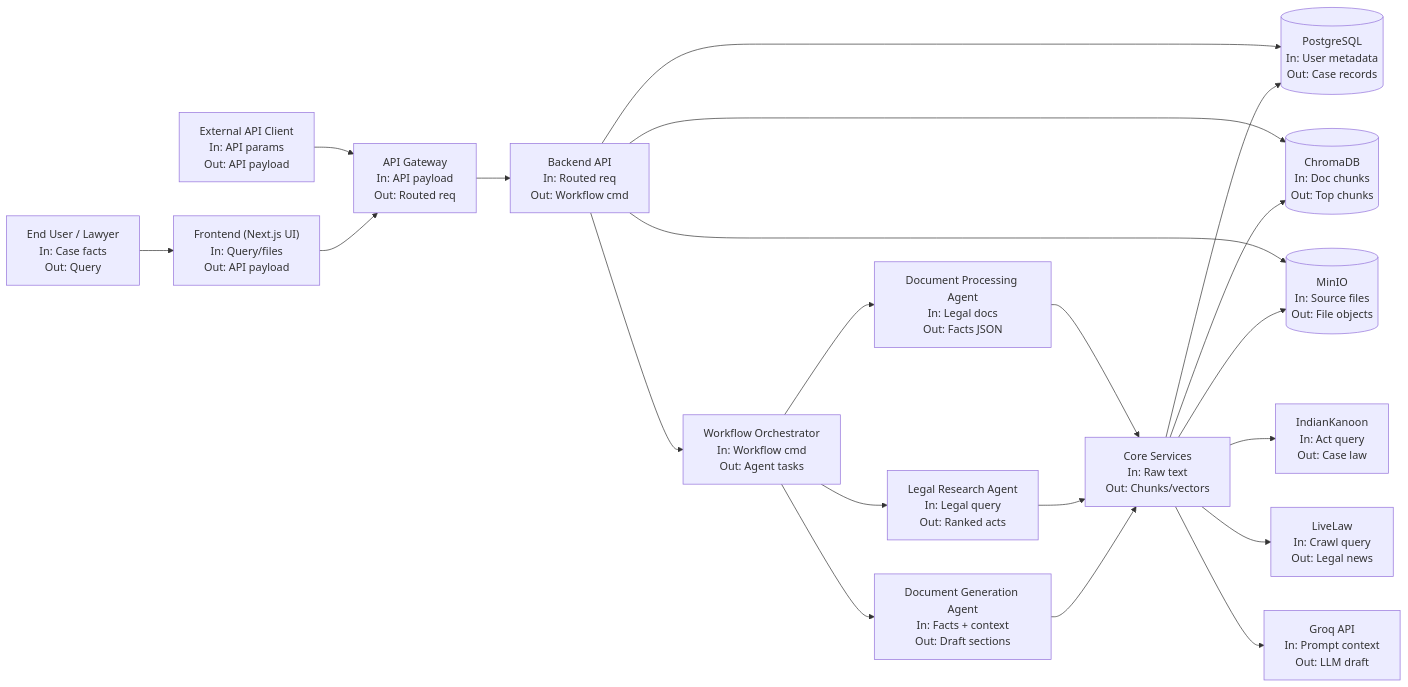
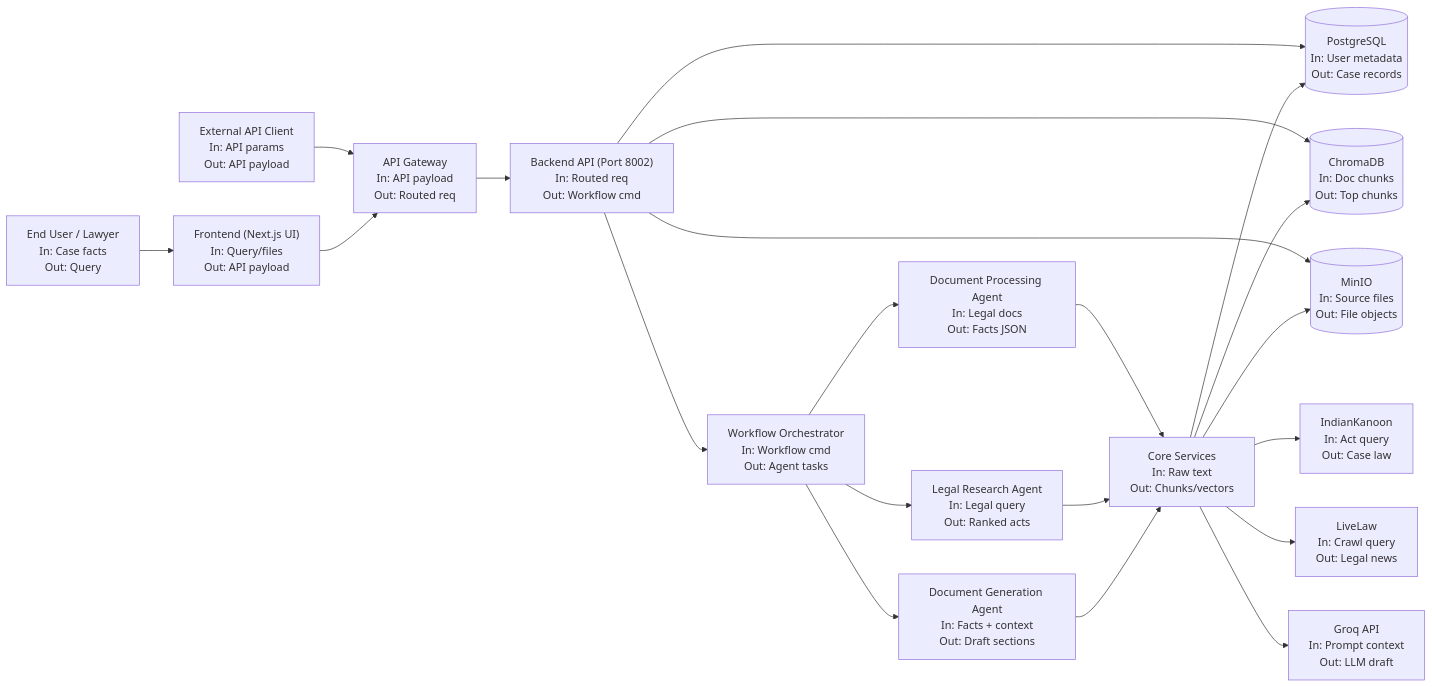
Before and after one commit to delisha02/droitdraft: the first of 4 diagrams in docs/system_architecture_diagram.md, drawn with Mermaid. The commit also changed other lines of this file and 26 other files, not shown here.

````diff
--- a/docs/system_architecture_diagram.md
+++ b/docs/system_architecture_diagram.md
@@ -7,29 +7,29 @@
 ```mermaid
 flowchart LR
     User["End User / Lawyer\nIn: Case facts\nOut: Query"] --> FE["Frontend (Next.js UI)\nIn: Query/files\nOut: API payload"]
     APIClient["External API Client\nIn: API params\nOut: API payload"] --> GW
 
     FE --> GW["API Gateway\nIn: API payload\nOut: Routed req"]
-    GW --> BE["Backend API\nIn: Routed req\nOut: Workflow cmd"]
+    GW --> BE["Backend API (Port 8002)\nIn: Routed req\nOut: Workflow cmd"]
 
     BE --> Orch["Workflow Orchestrator\nIn: Workflow cmd\nOut: Agent tasks"]
     Orch --> DocProc["Document Processing Agent\nIn: Legal docs\nOut: Facts JSON"]
     Orch --> LegalRes["Legal Research Agent\nIn: Legal query\nOut: Ranked acts"]
     Orch --> DocGen["Document Generation Agent\nIn: Facts + context\nOut: Draft sections"]
 
     DocProc --> Services["Core Services\nIn: Raw text\nOut: Chunks/vectors"]
     LegalRes --> Services
     DocGen --> Services
 
     %% Backend-mediated storage access only
     BE --> PG[("PostgreSQL\nIn: User metadata\nOut: Case records")]
     BE --> CH[("ChromaDB\nIn: Doc chunks\nOut: Top chunks")]
     BE --> MO[("MinIO\nIn: Source files\nOut: File objects")]
     Services --> PG
     Services --> CH
     Services --> MO
 
     Services --> IK["IndianKanoon\nIn: Act query\nOut: Case law"]
     Services --> LL["LiveLaw\nIn: Crawl query\nOut: Legal news"]
     Services --> Groq["Groq API\nIn: Prompt context\nOut: LLM draft"]
 ```
````
